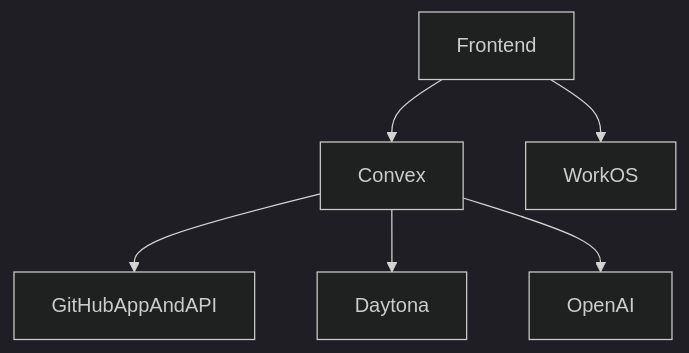
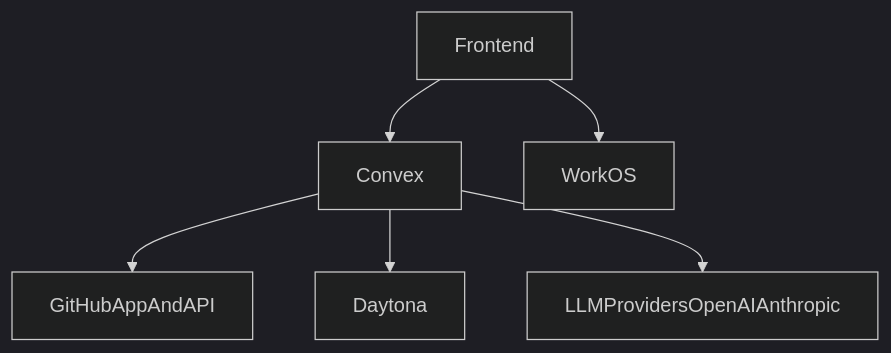
Before and after one commit to EricTsai83/systify: the first of 4 diagrams in docs/integrations-and-operations.md, drawn with Mermaid (dark theme). The commit also changed other lines of this file and 31 other files, not shown here.

````diff
--- a/docs/integrations-and-operations.md
+++ b/docs/integrations-and-operations.md
@@ -9,15 +9,15 @@
 ```mermaid
 flowchart TD
   Frontend[Frontend]
   Convex[Convex]
   WorkOS[WorkOS]
   GitHub[GitHubAppAndAPI]
   Daytona[Daytona]
-  OpenAI[OpenAI]
+  LLM[LLMProvidersOpenAIAnthropic]
 
   Frontend --> WorkOS
   Frontend --> Convex
   Convex --> GitHub
   Convex --> Daytona
-  Convex --> OpenAI
+  Convex --> LLM
 ```
````
